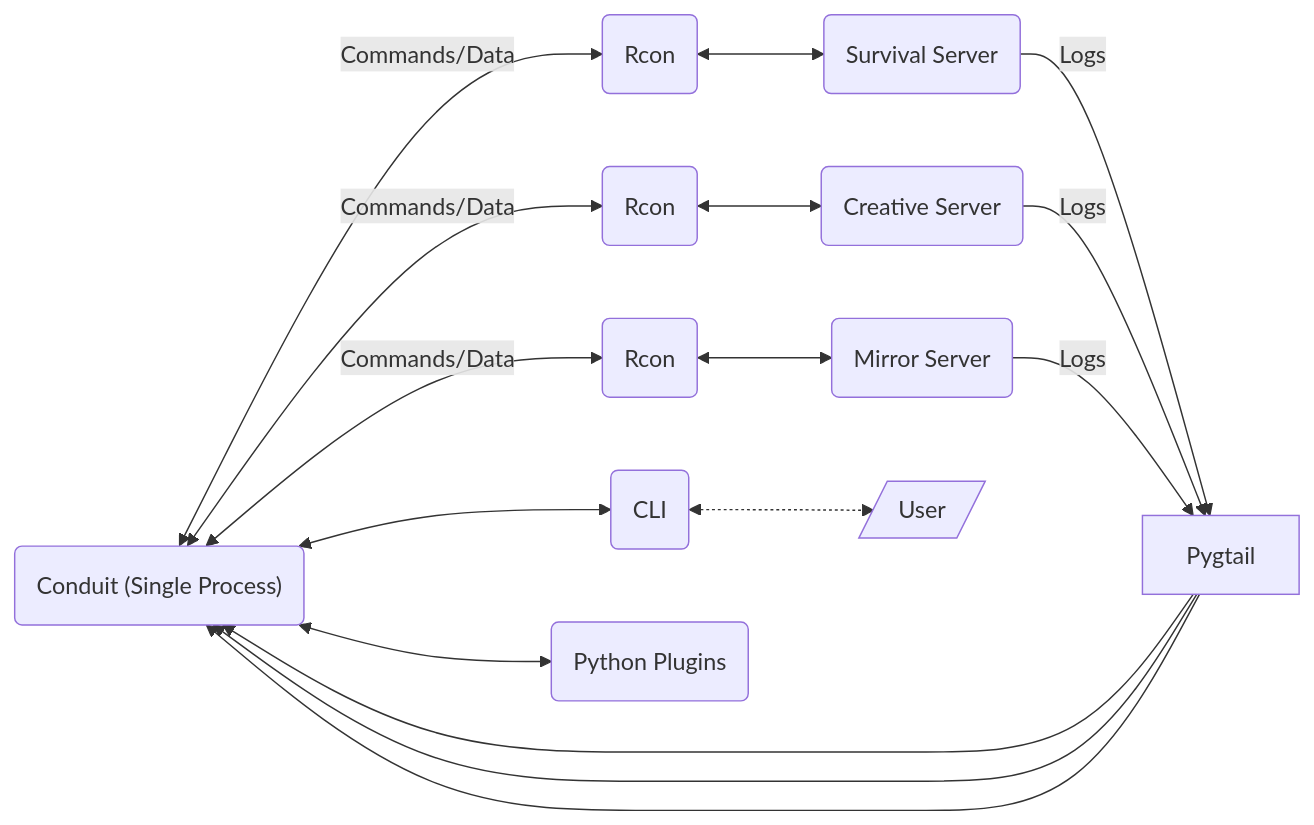
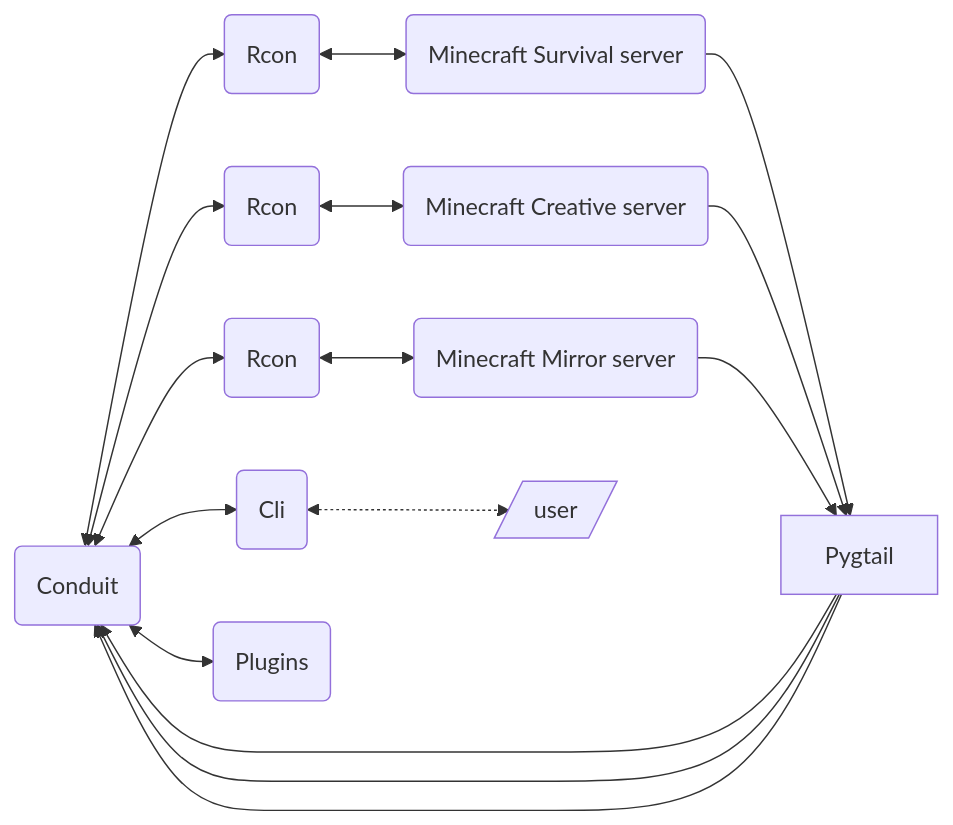
Before and after one commit to 1attila/test: the first of 2 diagrams in README.md, drawn with Mermaid. The commit also changed other lines of this file, not shown here.

````diff
--- a/README.md
+++ b/README.md
@@ -75,22 +71,23 @@
 ```mermaid
 flowchart LR
-    c("Conduit (Single Process)")
 
-    s1("Survival Server")
-    s2("Creative Server")
-    s3("Mirror Server")
+    c("Conduit")
 
-    cli("CLI")
+    s1("Minecraft Survival server")
+    s2("Minecraft Creative server")
+    s3("Minecraft Mirror server")
 
-    s1 -->|Logs| Pygtail --> c
-    s2 -->|Logs| Pygtail --> c
-    s3 -->|Logs| Pygtail --> c
+    cli("Cli")
 
-    c <-->|Commands/Data| r1("Rcon") <--> s1
-    c <-->|Commands/Data| r2("Rcon") <--> s2
-    c <-->|Commands/Data| r3("Rcon") <--> s3
+    s1 --> Pygtail --> c
+    s2 --> Pygtail --> c
+    s3 --> Pygtail --> c
+
+    c <--> r1("Rcon") <--> s1
+    c <--> r2("Rcon") <--> s2
+    c <--> r3("Rcon") <--> s3
 
     c <--> cli
-    c <--> p("Python Plugins")
-    cli <-.-> u[/User/]
+    c <--> p("Plugins")
+    cli <-.-> u[/user/]
 ```
````
